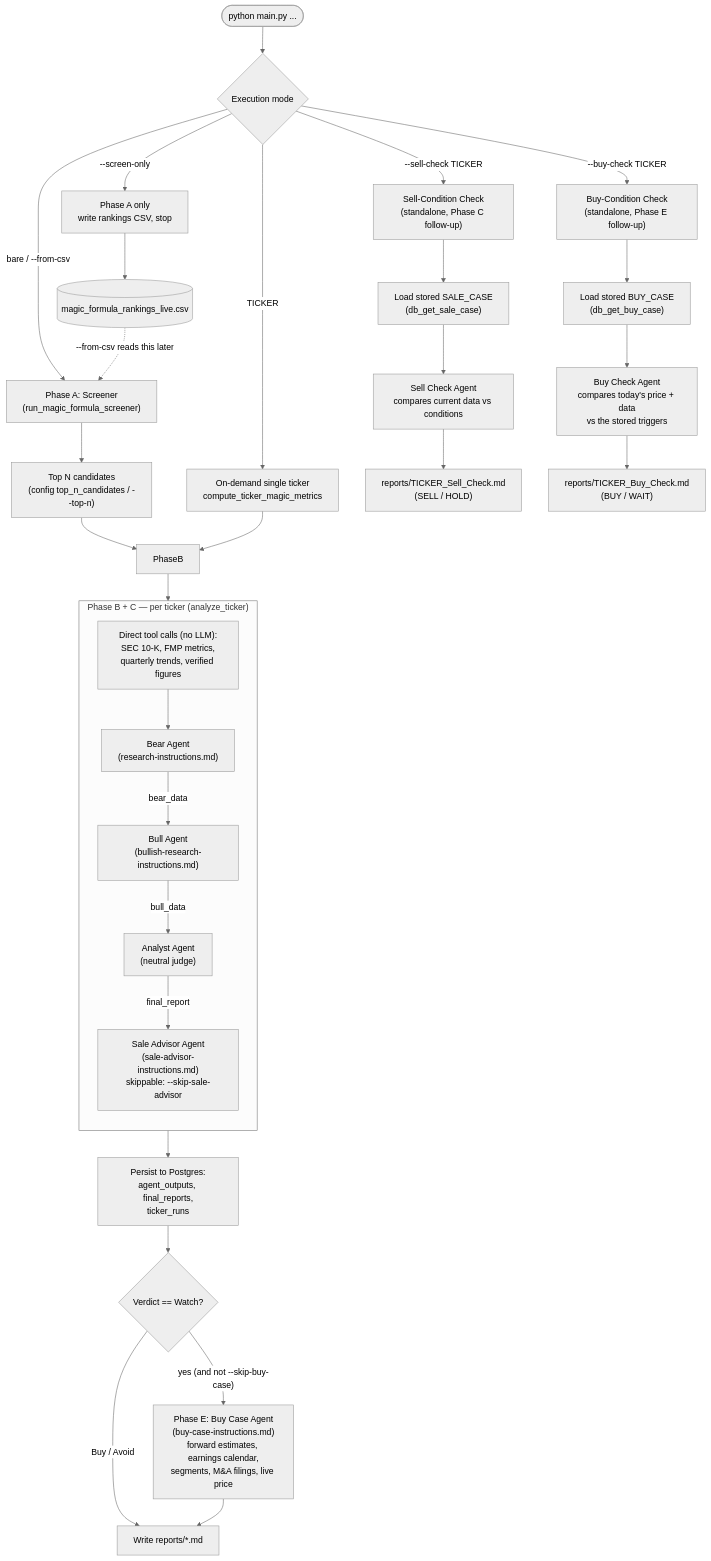
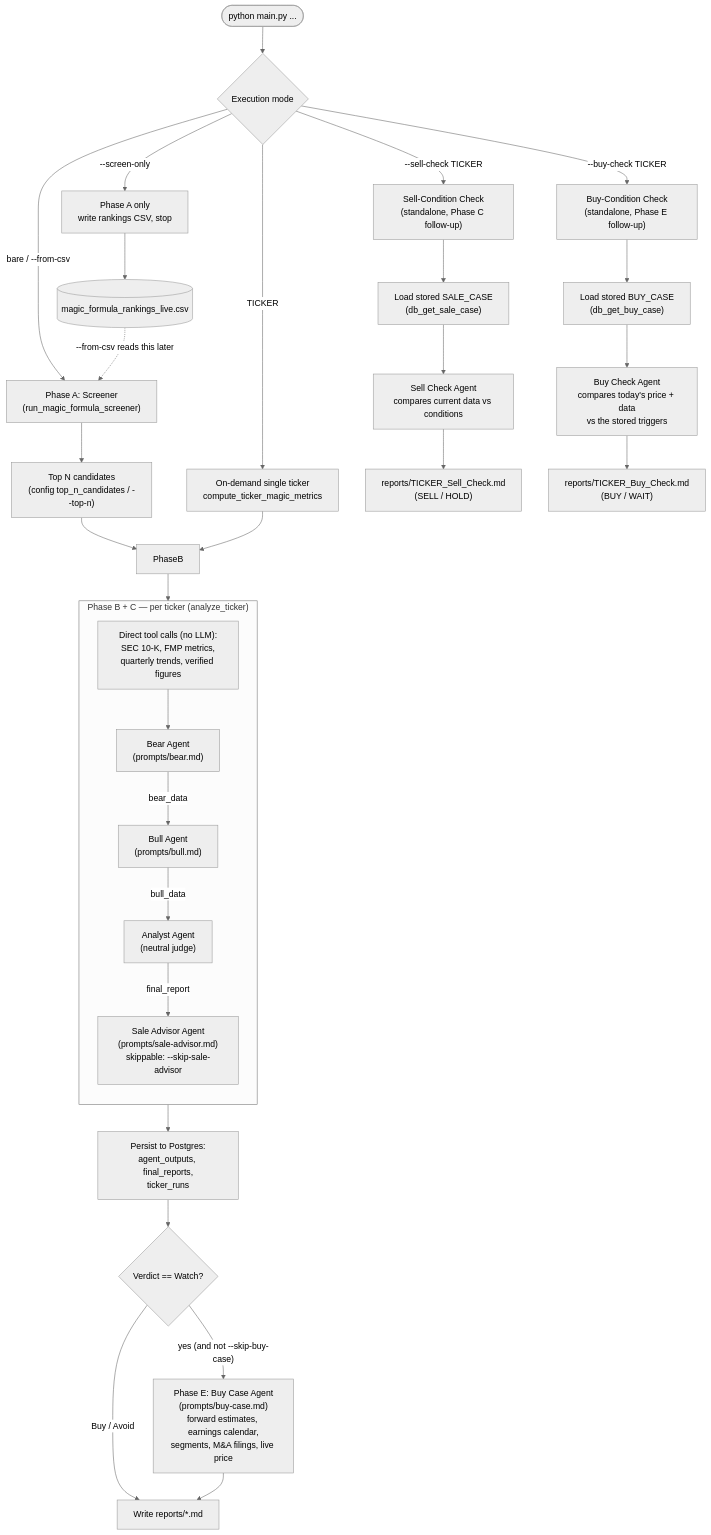
The first of 6 diagrams in src/specs/agent_architecture.md (sun4github/magic-stock-picker), drawn with Mermaid (neutral theme) before and after one commit. The commit also changed other lines of this file and 12 other files, not shown here.

First line of the commit message:
Teach the analyst to weigh contracted cash flows, and document the critic swap

````diff
--- a/src/specs/agent_architecture.md
+++ b/src/specs/agent_architecture.md
@@ -38,41 +38,41 @@
 ```mermaid
 flowchart TD
     Start(["python main.py ..."]) --> Mode{"Execution mode"}
 
     Mode -->|"bare / --from-csv"| PhaseA["Phase A: Screener\n(run_magic_formula_screener)"]
     Mode -->|"--screen-only"| ScreenOnly["Phase A only\nwrite rankings CSV, stop"]
     Mode -->|"TICKER"| OnDemand["On-demand single ticker\ncompute_ticker_magic_metrics"]
     Mode -->|"--sell-check TICKER"| SellCheck["Sell-Condition Check\n(standalone, Phase C follow-up)"]
     Mode -->|"--buy-check TICKER"| BuyCheck["Buy-Condition Check\n(standalone, Phase E follow-up)"]
 
     PhaseA --> TopN["Top N candidates\n(config top_n_candidates / --top-n)"]
     TopN --> PhaseB
     OnDemand --> PhaseB
 
     subgraph PerTicker["Phase B + C — per ticker (analyze_ticker)"]
         direction TB
         Gather["Direct tool calls (no LLM):\nSEC 10-K, FMP metrics,\nquarterly trends, verified figures"]
-        Gather --> Bear["Bear Agent\n(research-instructions.md)"]
-        Bear -->|bear_data| Bull["Bull Agent\n(bullish-research-instructions.md)"]
+        Gather --> Bear["Bear Agent\n(prompts/bear.md)"]
+        Bear -->|bear_data| Bull["Bull Agent\n(prompts/bull.md)"]
         Bull -->|bull_data| Analyst["Analyst Agent\n(neutral judge)"]
-        Analyst -->|final_report| SaleAdvisor["Sale Advisor Agent\n(sale-advisor-instructions.md)\nskippable: --skip-sale-advisor"]
+        Analyst -->|final_report| SaleAdvisor["Sale Advisor Agent\n(prompts/sale-advisor.md)\nskippable: --skip-sale-advisor"]
     end
 
     PhaseB --> PerTicker
     PerTicker --> Persist["Persist to Postgres:\nagent_outputs, final_reports,\nticker_runs"]
     Persist --> VerdictGate{"Verdict == Watch?"}
-    VerdictGate -->|"yes (and not --skip-buy-case)"| BuyCase["Phase E: Buy Case Agent\n(buy-case-instructions.md)\nforward estimates, earnings calendar,\nsegments, M&A filings, live price"]
+    VerdictGate -->|"yes (and not --skip-buy-case)"| BuyCase["Phase E: Buy Case Agent\n(prompts/buy-case.md)\nforward estimates, earnings calendar,\nsegments, M&A filings, live price"]
     VerdictGate -->|"Buy / Avoid"| Reports
     BuyCase --> Reports["Write reports/*.md"]
 
     SellCheck --> LoadCase["Load stored SALE_CASE\n(db_get_sale_case)"]
     LoadCase --> Evaluate["Sell Check Agent\ncompares current data vs conditions"]
     Evaluate --> SellReport["reports/TICKER_Sell_Check.md\n(SELL / HOLD)"]
 
     BuyCheck --> LoadBuy["Load stored BUY_CASE\n(db_get_buy_case)"]
     LoadBuy --> EvaluateBuy["Buy Check Agent\ncompares today's price + data\nvs the stored triggers"]
     EvaluateBuy --> BuyReport["reports/TICKER_Buy_Check.md\n(BUY / WAIT)"]
 
     ScreenOnly --> CSVFile[("magic_formula_rankings_live.csv")]
     CSVFile -.->|"--from-csv reads this later"| PhaseA
 ```
````
